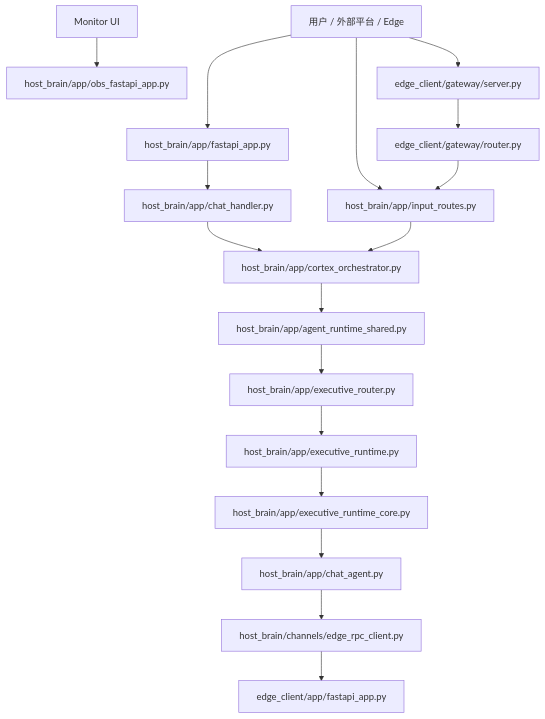
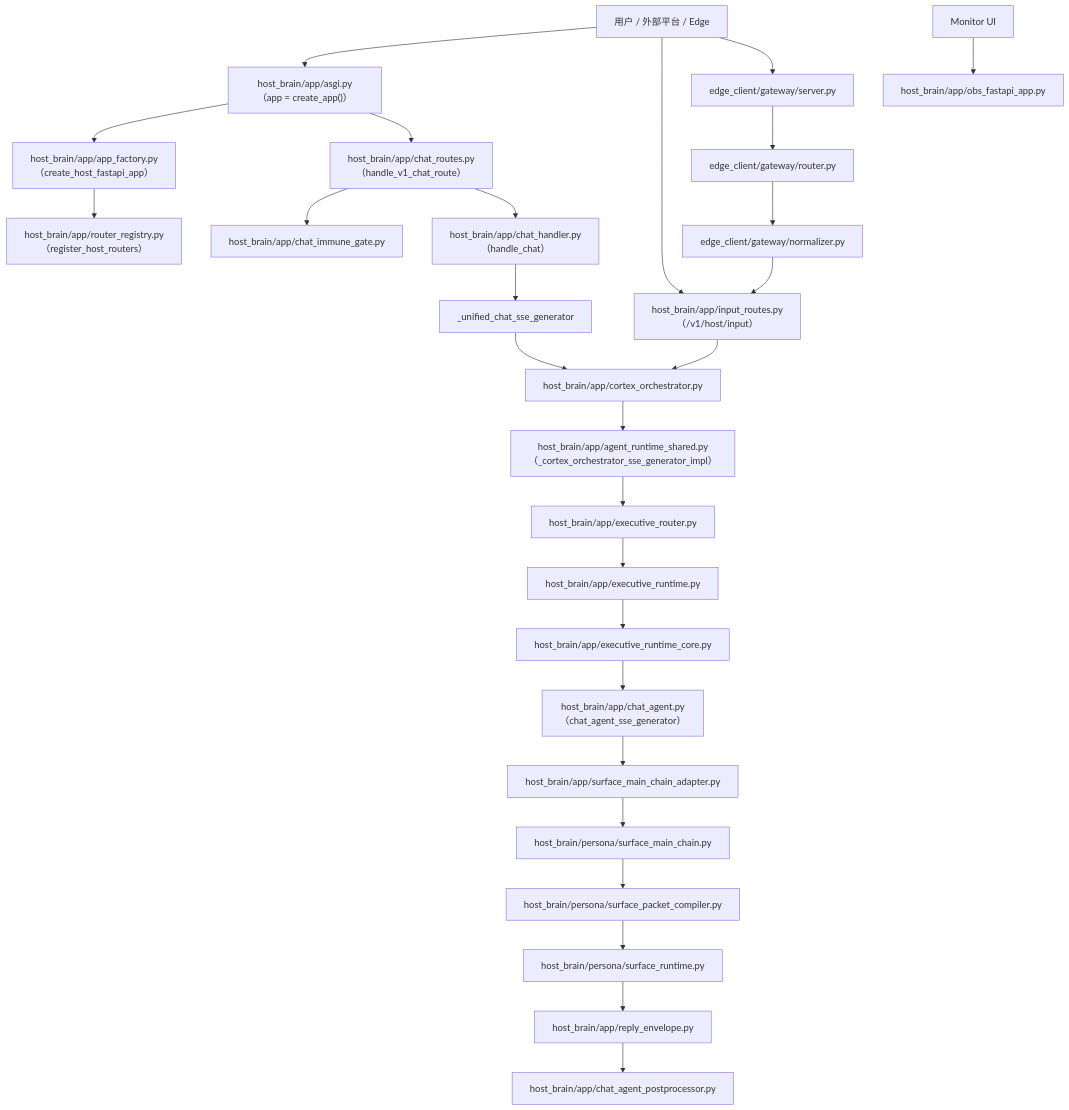
Before and after one commit to SakuraYoruno/Natsume_Ai: the diagram in docs/50_project/arch/CORE_MODULES_DETAILED_REFERENCE.md, drawn with Mermaid. The commit also changed other lines of this file and 7 other files, not shown here.

First line of the commit message:
docs(arch): rewrite Batch 1 architecture reference to v3.0 (2026-05-30)

````diff
--- a/docs/50_project/arch/CORE_MODULES_DETAILED_REFERENCE.md
+++ b/docs/50_project/arch/CORE_MODULES_DETAILED_REFERENCE.md
@@ -19,19 +21,33 @@
 ```mermaid
 graph TD
-    U["用户 / 外部平台 / Edge"] --> HMAIN["host_brain/app/fastapi_app.py"]
-    HMAIN --> CHAT["host_brain/app/chat_handler.py"]
-    CHAT --> CORTEX["host_brain/app/cortex_orchestrator.py"]
-    CORTEX --> SHARED["host_brain/app/agent_runtime_shared.py"]
-    SHARED --> EXECROUTER["host_brain/app/executive_router.py"]
-    EXECROUTER --> EXEC["host_brain/app/executive_runtime.py"]
+    U["用户 / 外部平台 / Edge"] --> ASGI["host_brain/app/asgi.py（app = create_app()）"]
+    ASGI --> FAC["host_brain/app/app_factory.py（create_host_fastapi_app）"]
+    FAC --> REG["host_brain/app/router_registry.py（register_host_routers）"]
+
+    ASGI --> CR["host_brain/app/chat_routes.py（handle_v1_chat_route）"]
+    CR --> IMG["host_brain/app/chat_immune_gate.py"]
+    CR --> CH["host_brain/app/chat_handler.py（handle_chat）"]
+    CH --> SSEU["_unified_chat_sse_generator"]
+    SSEU --> CO["host_brain/app/cortex_orchestrator.py"]
+    CO --> ARS["host_brain/app/agent_runtime_shared.py（_cortex_orchestrator_sse_generator_impl）"]
+    ARS --> EROUT["host_brain/app/executive_router.py"]
+    EROUT --> EXEC["host_brain/app/executive_runtime.py"]
     EXEC --> EXECCORE["host_brain/app/executive_runtime_core.py"]
-    EXECCORE --> CAG["host_brain/app/chat_agent.py"]
-    CAG --> EDGECLIENT["host_brain/channels/edge_rpc_client.py"]
-    EDGECLIENT --> EDGEAPI["edge_client/app/fastapi_app.py"]
-    U --> INPUT["host_brain/app/input_routes.py"]
-    INPUT --> CORTEX
+    EXECCORE --> CAG["host_brain/app/chat_agent.py（chat_agent_sse_generator）"]
+    CAG --> SMC["host_brain/app/surface_main_chain_adapter.py"]
+    SMC --> PSMC["host_brain/persona/surface_main_chain.py"]
+    PSMC --> PCOMP["host_brain/persona/surface_packet_compiler.py"]
+    PCOMP --> PRUN["host_brain/persona/surface_runtime.py"]
+    PRUN --> ENV["host_brain/app/reply_envelope.py"]
+    ENV --> POST["host_brain/app/chat_agent_postprocessor.py"]
+
+    U --> INPUT["host_brain/app/input_routes.py（/v1/host/input）"]
+    INPUT --> CO
+
     U --> GWS["edge_client/gateway/server.py"]
     GWS --> GWR["edge_client/gateway/router.py"]
-    GWR --> INPUT
+    GWR --> GWN["edge_client/gateway/normalizer.py"]
+    GWN --> INPUT
+
     OBSUI["Monitor UI"] --> OBSAPP["host_brain/app/obs_fastapi_app.py"]
 ```
````
